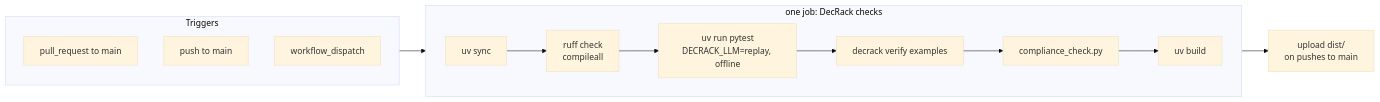
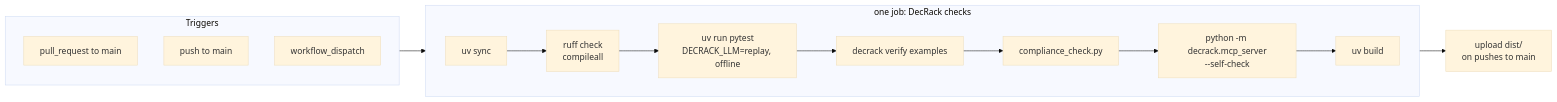
One commit to Madhav-GPT/DecRack changed the ninth of 9 diagrams in docs/ARCHITECTURE.md. Above: the diagram before and after it, drawn with Mermaid (base theme). The commit also changed other lines of this file and 19 other files, not shown here.

````diff
--- a/docs/ARCHITECTURE.md
+++ b/docs/ARCHITECTURE.md
@@ -762,18 +787,19 @@
 ```mermaid
 flowchart LR
     subgraph TRIGGERS["Triggers"]
         T1["pull_request to main"]
         T2["push to main"]
         T3["workflow_dispatch"]
     end
     TRIGGERS --> JOB
     subgraph JOB["one job: DecRack checks"]
         direction LR
         S1["uv sync"] --> S2["ruff check<br/>compileall"]
         S2 --> S3["uv run pytest<br/>DECRACK_LLM=replay, offline"]
         S3 --> S4["decrack verify examples"]
         S4 --> S5["compliance_check.py"]
-        S5 --> S7["uv build"]
+        S5 --> S6["python -m decrack.mcp_server<br/>--self-check"]
+        S6 --> S7["uv build"]
     end
     JOB --> UP["upload dist/<br/>on pushes to main"]
 ```
````
